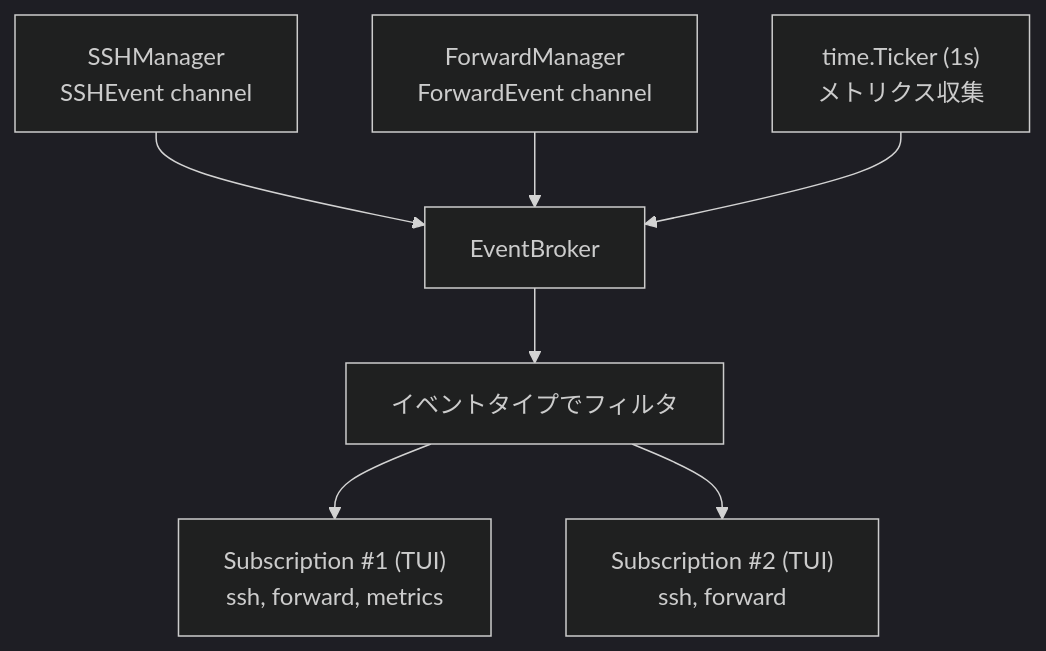
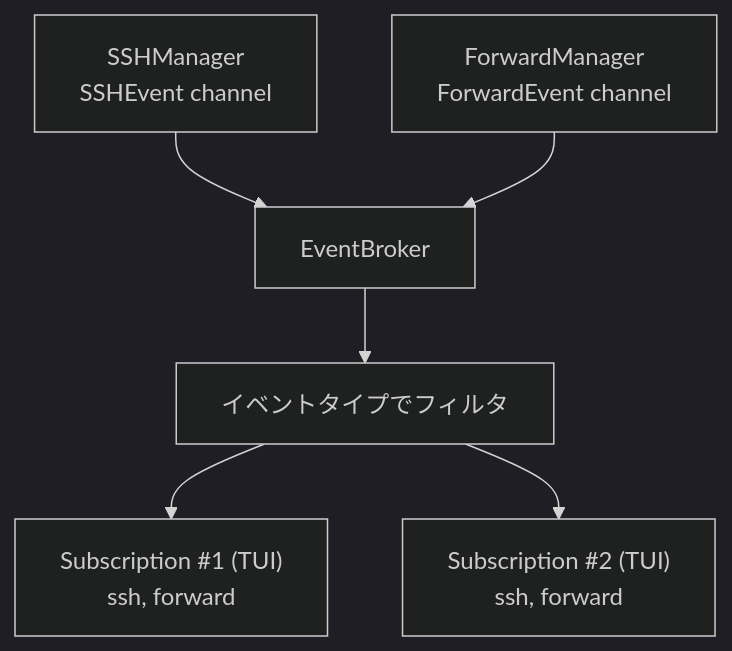
Before and after one commit to ousiassllc/MolePort: the fourth of 8 diagrams in docs/components/overview.md, drawn with Mermaid (dark theme). The commit also changed other lines of this file and 5 other files, not shown here.

````diff
--- a/docs/components/overview.md
+++ b/docs/components/overview.md
@@ -597,10 +597,9 @@
 ```mermaid
 flowchart TD
     SSHMgr["SSHManager<br/>SSHEvent channel"] --> Broker["EventBroker"]
     FwdMgr["ForwardManager<br/>ForwardEvent channel"] --> Broker
-    Ticker["time.Ticker (1s)<br/>メトリクス収集"] --> Broker
 
     Broker --> Filter["イベントタイプでフィルタ"]
-    Filter --> Sub1["Subscription #1 (TUI)<br/>ssh, forward, metrics"]
+    Filter --> Sub1["Subscription #1 (TUI)<br/>ssh, forward"]
     Filter --> Sub2["Subscription #2 (TUI)<br/>ssh, forward"]
 ```
````
